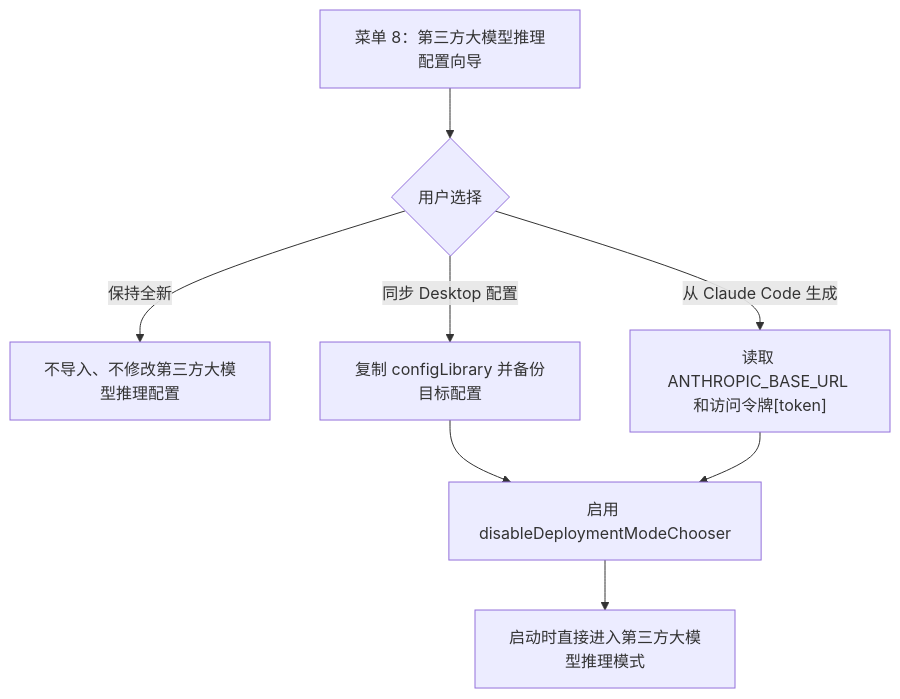
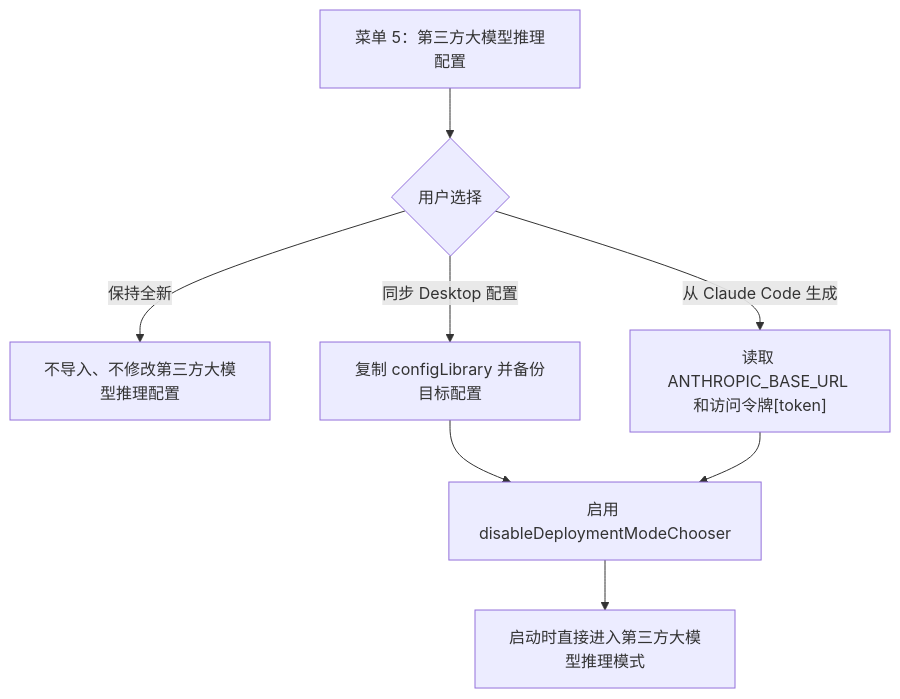
The second of 3 diagrams in README.md (FOMO-RUN/CC-desktop-zh-cn-WIN-portable), drawn with Mermaid before and after one commit. The commit also changed other lines of this file and 6 other files, not shown here.

````diff
--- a/README.md
+++ b/README.md
@@ -41,10 +44,10 @@
 ```mermaid
 flowchart TD
-    A["菜单 8：第三方大模型推理配置向导"] --> B{"用户选择"}
+    A["菜单 5：第三方大模型推理配置"] --> B{"用户选择"}
     B -- "保持全新" --> C["不导入、不修改第三方大模型推理配置"]
     B -- "同步 Desktop 配置" --> D["复制 configLibrary 并备份目标配置"]
     B -- "从 Claude Code 生成" --> E["读取 ANTHROPIC_BASE_URL 和访问令牌[token]"]
     D --> F["启用 disableDeploymentModeChooser"]
     E --> F
     F --> G["启动时直接进入第三方大模型推理模式"]
 ```
````
